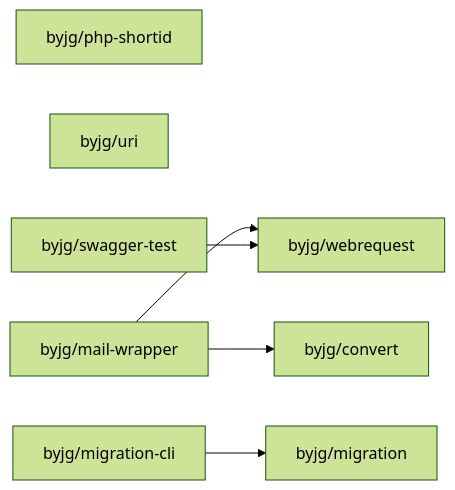
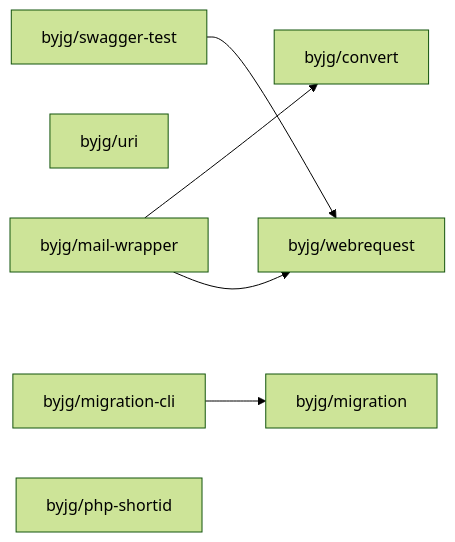
The diagram in php/README.md (byjg/byjg.github.io), drawn with Mermaid (forest theme) before and after one commit. The commit also changed other lines of this file and 1 other file, not shown here.

````diff
--- a/php/README.md
+++ b/php/README.md
@@ -3,15 +3,15 @@
 ```mermaid
 graph LR;
+  byjg/swagger-test;
+  byjg/uri;
+  byjg/migration-cli;
+  byjg/mail-wrapper;
   byjg/php-shortid;
-  byjg/uri;
-  byjg/swagger-test;
-  byjg/mail-wrapper;
-  byjg/migration-cli;
+  byjg/migration;
   byjg/convert;
   byjg/webrequest;
-  byjg/migration;
   byjg/mail-wrapper --> byjg/convert;
   byjg/mail-wrapper --> byjg/webrequest;
   byjg/swagger-test --> byjg/webrequest;
   byjg/migration-cli --> byjg/migration;
 ```
````
